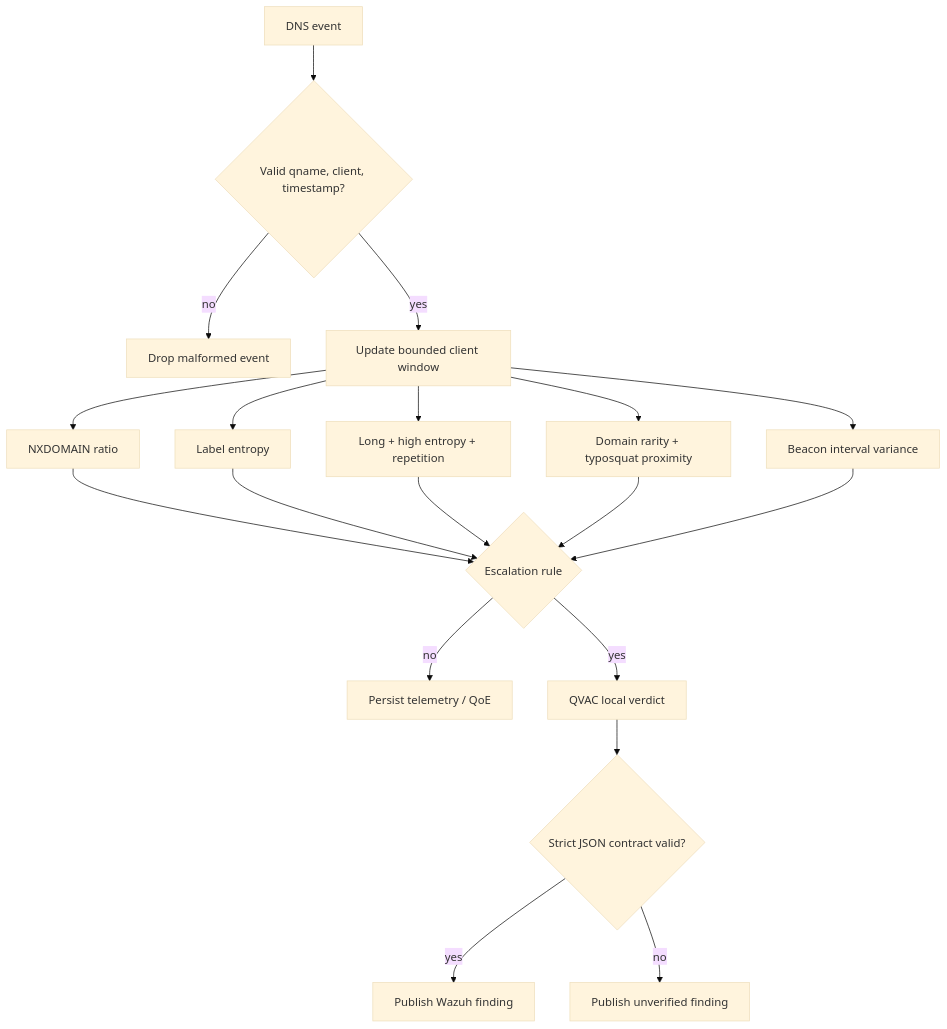
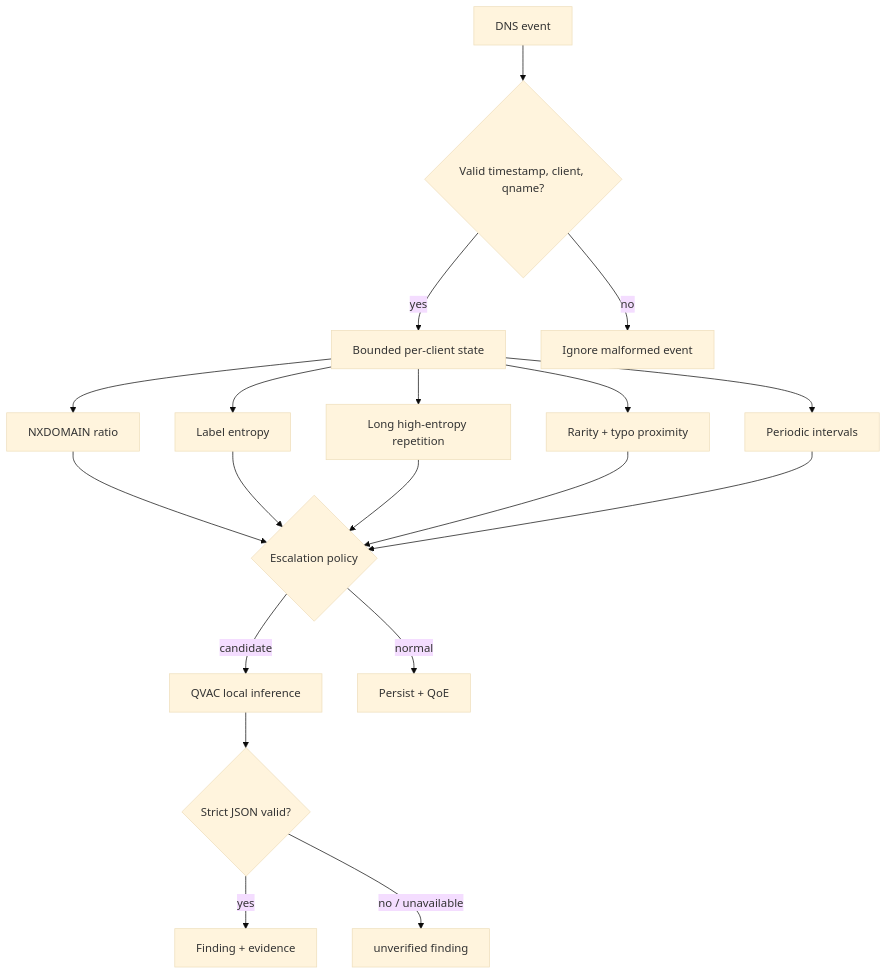
One commit to KerubeDev/Track4 changed the second of 3 diagrams in README.md. Above: the diagram before and after it, drawn with Mermaid (base theme). The commit also changed other lines of this file, not shown here.

````diff
--- a/README.md
+++ b/README.md
@@ -34,21 +55,21 @@
 ```mermaid
 flowchart TD
-    X["DNS event"] --> V{"Valid qname, client, timestamp?"}
-    V -->|no| D["Drop malformed event"]
-    V -->|yes| S["Update bounded client window"]
-    S --> N["NXDOMAIN ratio"]
-    S --> H["Label entropy"]
-    S --> L["Long + high entropy + repetition"]
-    S --> R["Domain rarity + typosquat proximity"]
-    S --> B["Beacon interval variance"]
-    N --> E{"Escalation rule"}
-    H --> E
-    L --> E
-    R --> E
-    B --> E
-    E -->|no| P["Persist telemetry / QoE"]
-    E -->|yes| Q["QVAC local verdict"]
-    Q --> J{"Strict JSON contract valid?"}
-    J -->|yes| W["Publish Wazuh finding"]
-    J -->|no| U["Publish unverified finding"]
+  E[DNS event] --> V{Valid timestamp, client, qname?}
+  V -->|yes| S[Bounded per-client state]
+  V -->|no| X[Ignore malformed event]
+  S --> N[NXDOMAIN ratio]
+  S --> H[Label entropy]
+  S --> L[Long high-entropy repetition]
+  S --> R[Rarity + typo proximity]
+  S --> B[Periodic intervals]
+  N --> G{Escalation policy}
+  H --> G
+  L --> G
+  R --> G
+  B --> G
+  G -->|candidate| Q[QVAC local inference]
+  G -->|normal| P[Persist + QoE]
+  Q --> J{Strict JSON valid?}
+  J -->|yes| A[Finding + evidence]
+  J -->|no / unavailable| U[unverified finding]
 ```
````
